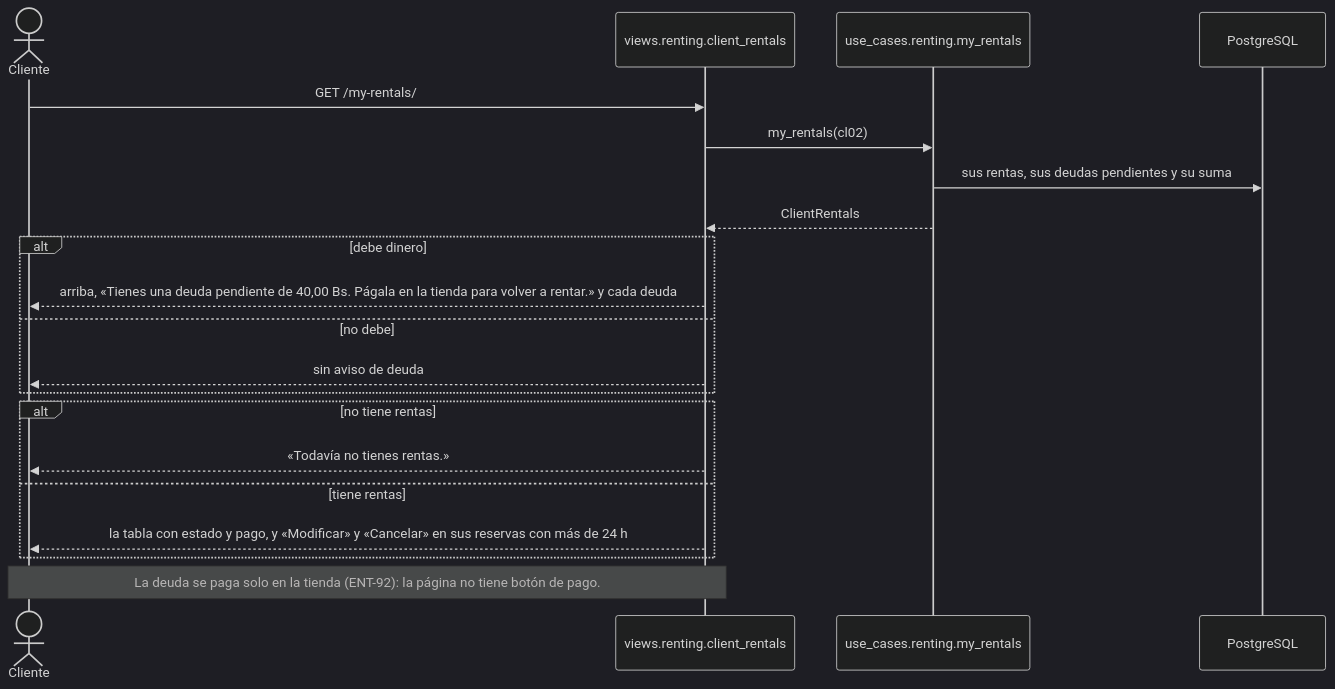
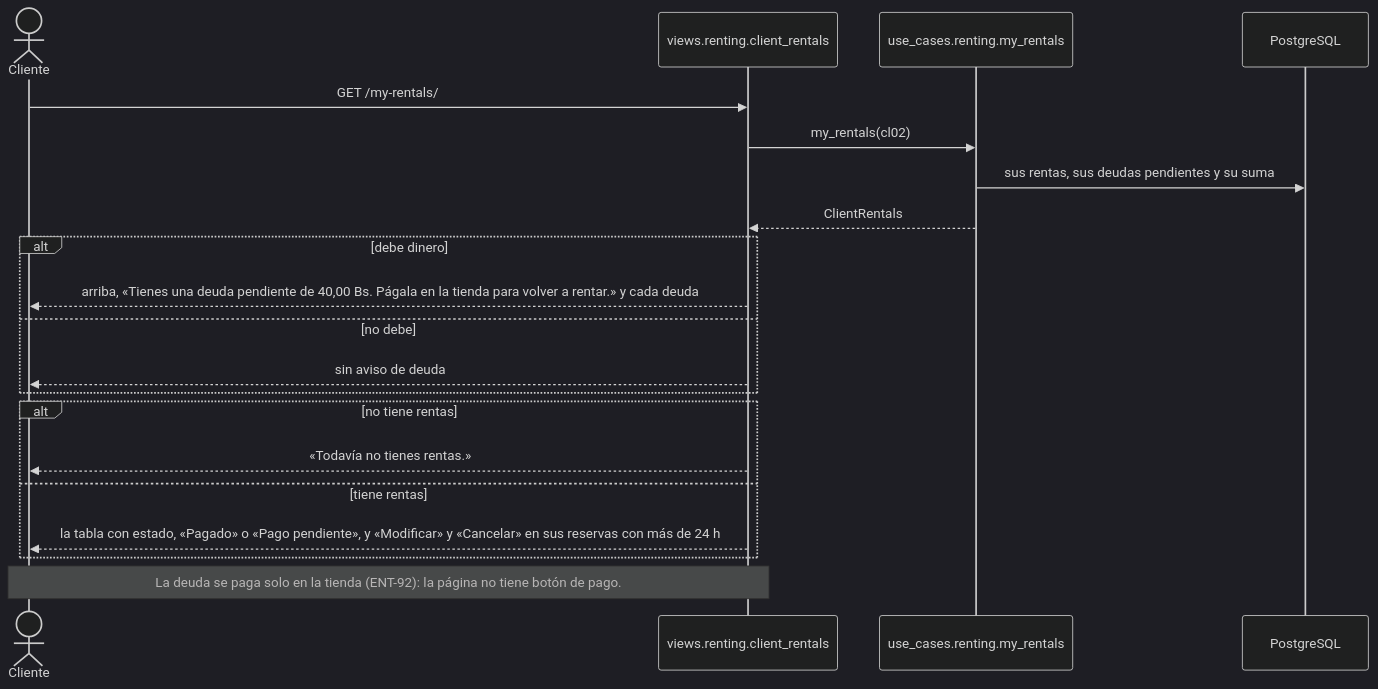
Diagram 32 of 38 in docs/casos-de-uso.md (peterteranb/astra-rent-system), drawn with Mermaid (dark theme) before and after one commit. The commit also changed other lines of this file and 6 other files, not shown here.

Commit message:
docs: client feedback, account use case and activity diagrams

````diff
--- a/docs/casos-de-uso.md
+++ b/docs/casos-de-uso.md
@@ -787,22 +1045,22 @@
 ```mermaid
 sequenceDiagram
     actor C as Cliente
     participant V as views.renting.client_rentals
     participant U as use_cases.renting.my_rentals
     participant BD as PostgreSQL
     C->>V: GET /my-rentals/
     V->>U: my_rentals(cl02)
     U->>BD: sus rentas, sus deudas pendientes y su suma
     U-->>V: ClientRentals
     alt debe dinero
         V-->>C: arriba, «Tienes una deuda pendiente de 40,00 Bs. Págala en la tienda para volver a rentar.» y cada deuda
     else no debe
         V-->>C: sin aviso de deuda
     end
     alt no tiene rentas
         V-->>C: «Todavía no tienes rentas.»
     else tiene rentas
-        V-->>C: la tabla con estado y pago, y «Modificar» y «Cancelar» en sus reservas con más de 24 h
+        V-->>C: la tabla con estado, «Pagado» o «Pago pendiente», y «Modificar» y «Cancelar» en sus reservas con más de 24 h
     end
     Note over C,V: La deuda se paga solo en la tienda (ENT-92): la página no tiene botón de pago.
 ```
````
